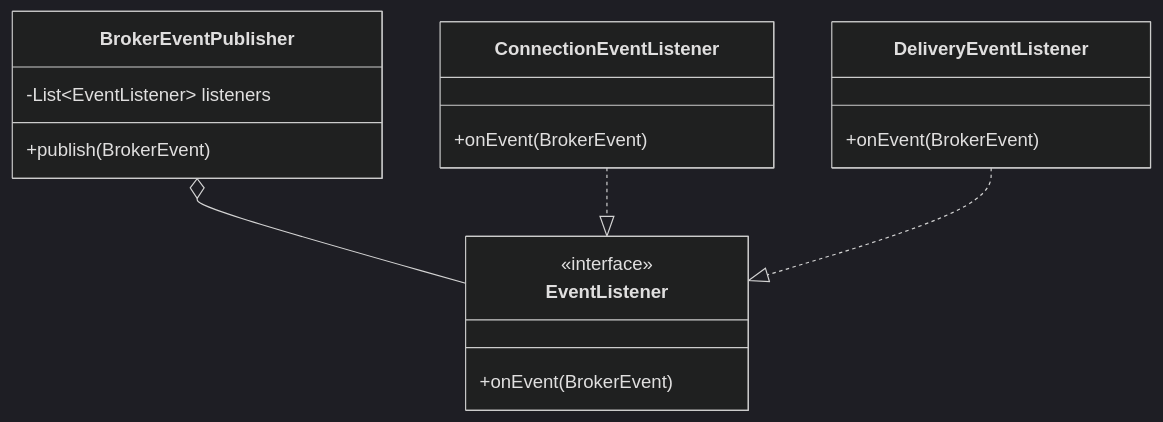
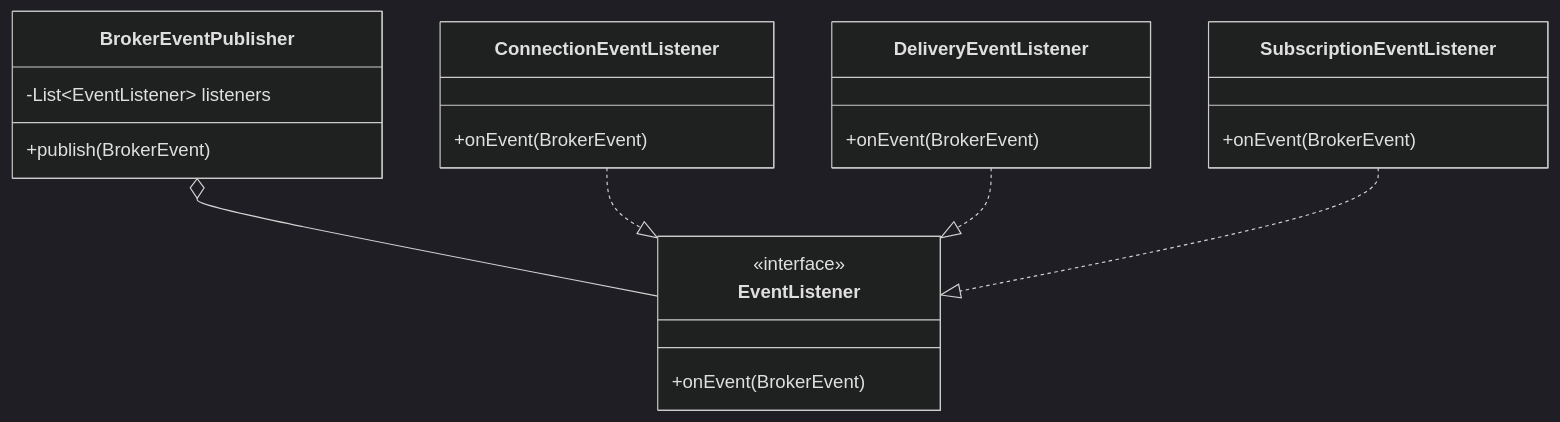
The third of 8 diagrams in README.md (karolbystrek/mqtt-broker), drawn with Mermaid (dark theme) before and after one commit. The commit also changed other lines of this file, not shown here.

Commit message:
Updated Diagrams

````diff
--- a/README.md
+++ b/README.md
@@ -102,21 +103,25 @@
 ```mermaid
 classDiagram
     class BrokerEventPublisher {
         -List~EventListener~ listeners
         +publish(BrokerEvent)
     }
     class EventListener {
         <<interface>>
         +onEvent(BrokerEvent)
     }
     class ConnectionEventListener {
         +onEvent(BrokerEvent)
     }
     class DeliveryEventListener {
         +onEvent(BrokerEvent)
     }
+    class SubscriptionEventListener {
+        +onEvent(BrokerEvent)
+    }
     
     BrokerEventPublisher o-- EventListener
     ConnectionEventListener ..|> EventListener
     DeliveryEventListener ..|> EventListener
+    SubscriptionEventListener ..|> EventListener
 ```
````
